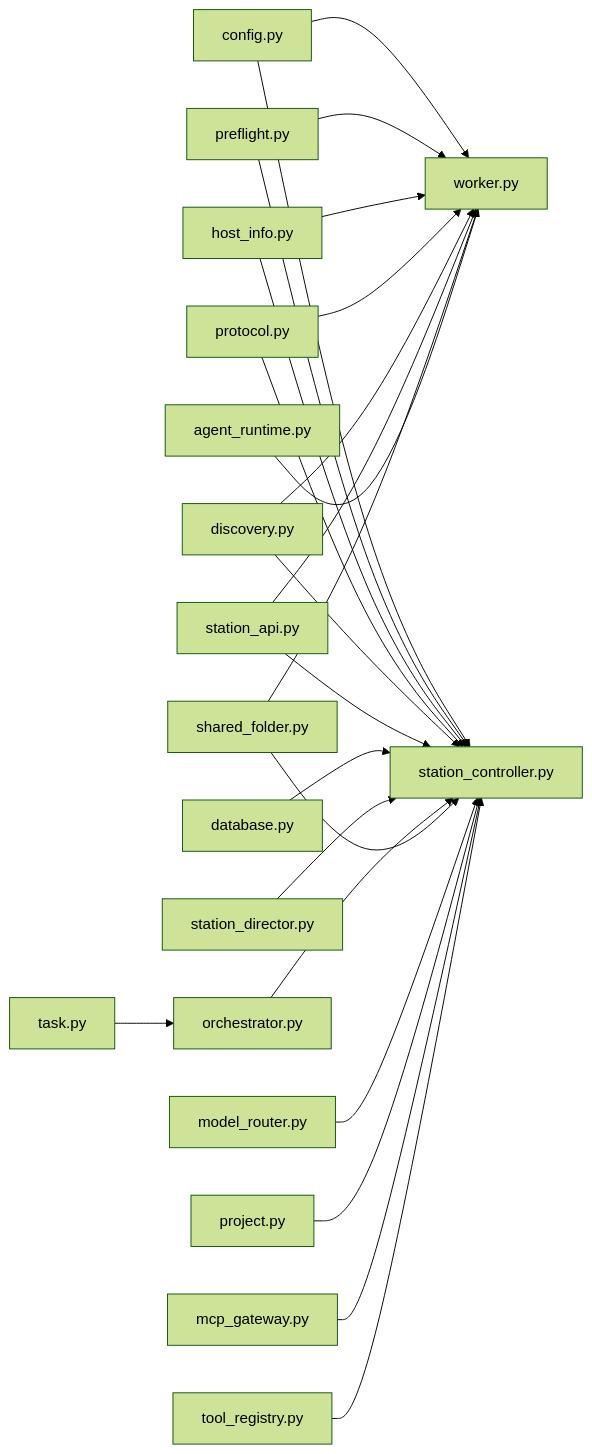
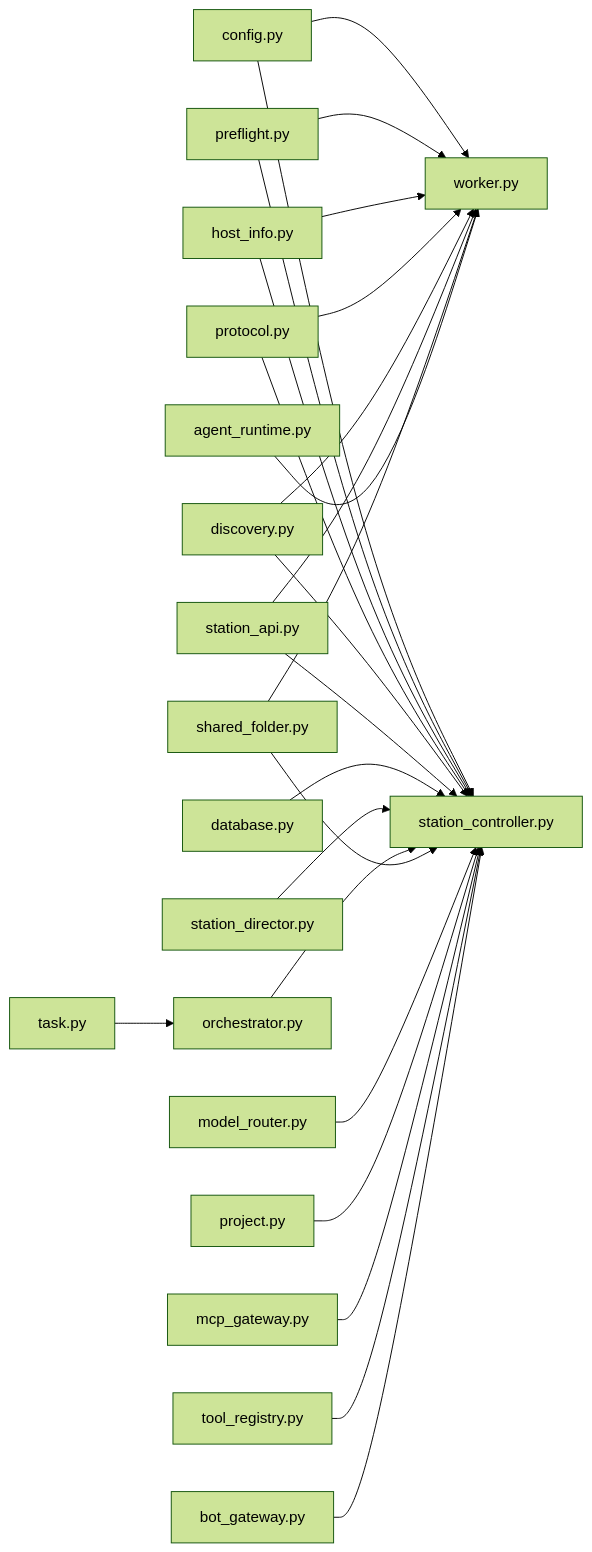
Diagram 12 of 12 in .qoder/repowiki/zh/content/核心模块/核心模块.md (targalian/Personal-distributed-workstation), drawn with Mermaid (forest theme) before and after one commit. The commit also changed other lines of this file and 85 other files, not shown here.

````diff
--- a/.qoder/repowiki/zh/content/核心模块/核心模块.md
+++ b/.qoder/repowiki/zh/content/核心模块/核心模块.md
@@ -684,26 +754,27 @@
 ```mermaid
 graph LR
 Config["config.py"] --> Station["station_controller.py"]
 Config --> Worker["worker.py"]
 Preflight["preflight.py"] --> Station
 Preflight --> Worker
 HostInfo["host_info.py"] --> Station
 HostInfo --> Worker
 Protocol["protocol.py"] --> Station
 Protocol --> Worker
 Discovery["discovery.py"] --> Station
 Discovery --> Worker
 API["station_api.py"] --> Station
 API --> Worker
 DB["database.py"] --> Station
 StationDirector["station_director.py"] --> Station
 Orchestrator["orchestrator.py"] --> Station
 Task["task.py"] --> Orchestrator
 Shared["shared_folder.py"] --> Station
 Shared --> Worker
 ModelRouter["model_router.py"] --> Station
 ProjectManager["project.py"] --> Station
 MCPGateway["mcp_gateway.py"] --> Station
 AgentRuntime["agent_runtime.py"] --> Worker
 ToolRegistry["tool_registry.py"] --> Station
+BotGateway["bot_gateway.py"] --> Station
 ```
````
